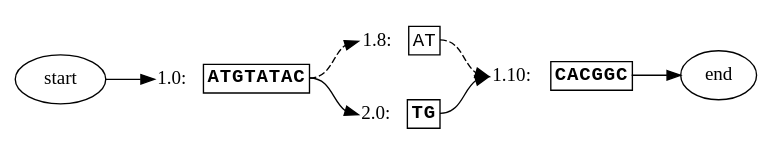
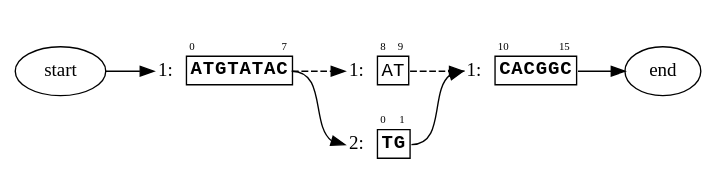
Before and after one commit to ginkgobioworks/gen: the diagram in docs/figures/figure_2.dot, drawn with Graphviz. The commit also changed 17 other files, not shown here.

```diff
--- a/docs/figures/figure_2.dot
+++ b/docs/figures/figure_2.dot
@@ -1,52 +1,32 @@
 strict digraph "" {
 	graph [rankdir=LR,
 		splines=true
 	];
 	node [label="\N"];
-	source	[end=-1,
-		label=start,
-		original_node=source];
-	1.0	[end=7,
-		highlights="[True, True, True, True, True, True, True, True]",
-		label=<<TABLE BORDER='0' CELLBORDER='1' CELLSPACING='0'><TR><TD BORDER='0' PORT='caption'>1.0:&nbsp;</TD><TD><FONT FACE='Courier New'><B>A</B><B>T</B><B>G</B><B>T</B><B>A</B><B>T</B><B>A</B><B>C</B></FONT></TD></TR></TABLE>>,
+	subgraph cluster_1 {
+		graph [label="",
+			rank=same,
+			style=invis
+		];
+		1.0	[label=<<TABLE BORDER='0' CELLBORDER='1' CELLSPACING='0'><TR><TD BORDER='0'></TD><TD BORDER='0' ALIGN='LEFT'><FONT POINT-SIZE='8'>0</FONT></TD><TD BORDER='0' ALIGN='RIGHT'><FONT POINT-SIZE='8'>7</FONT></TD></TR><TR><TD BORDER='0' PORT='caption'>1:&nbsp;</TD><TD PORT='seq' COLSPAN='2'><FONT FACE='Courier New'><B>A</B><B>T</B><B>G</B><B>T</B><B>A</B><B>T</B><B>A</B><B>C</B></FONT></TD></TR></TABLE>>,
+			margin=0,
+			shape=none];
+		1.8	[label=<<TABLE BORDER='0' CELLBORDER='1' CELLSPACING='0'><TR><TD BORDER='0'></TD><TD BORDER='0' ALIGN='LEFT'><FONT POINT-SIZE='8'>8</FONT></TD><TD BORDER='0' ALIGN='RIGHT'><FONT POINT-SIZE='8'>9</FONT></TD></TR><TR><TD BORDER='0' PORT='caption'>1:&nbsp;</TD><TD PORT='seq' COLSPAN='2'><FONT FACE='Courier New'>AT</FONT></TD></TR></TABLE>>,
+			margin=0,
+			shape=none];
+		1.10	[label=<<TABLE BORDER='0' CELLBORDER='1' CELLSPACING='0'><TR><TD BORDER='0'></TD><TD BORDER='0' ALIGN='LEFT'><FONT POINT-SIZE='8'>10</FONT></TD><TD BORDER='0' ALIGN='RIGHT'><FONT POINT-SIZE='8'>15</FONT></TD></TR><TR><TD BORDER='0' PORT='caption'>1:&nbsp;</TD><TD PORT='seq' COLSPAN='2'><FONT FACE='Courier New'><B>C</B><B>A</B><B>C</B><B>G</B><B>G</B><B>C</B></FONT></TD></TR></TABLE>>,
+			margin=0,
+			shape=none];
+	}
+	source	[label=start];
+	source:e -> 1.0:caption:w;
+	1.0:seq:e -> 1.8:caption:w	[style=dashed];
+	2.0	[label=<<TABLE BORDER='0' CELLBORDER='1' CELLSPACING='0'><TR><TD BORDER='0'></TD><TD BORDER='0' ALIGN='LEFT'><FONT POINT-SIZE='8'>0</FONT></TD><TD BORDER='0' ALIGN='RIGHT'><FONT POINT-SIZE='8'>1</FONT></TD></TR><TR><TD BORDER='0' PORT='caption'>2:&nbsp;</TD><TD PORT='seq' COLSPAN='2'><FONT FACE='Courier New'><B>T</B><B>G</B></FONT></TD></TR></TABLE>>,
 		margin=0,
-		original_node=1,
-		sequence=ATGTATAC,
-		shape=none,
-		start=0];
-	source:e -> 1.0:caption	[reference=False];
-	sink	[label=end,
-		original_node=sink,
-		start=0];
-	1.8	[end=9,
-		highlights="[False, False]",
-		label=<<TABLE BORDER='0' CELLBORDER='1' CELLSPACING='0'><TR><TD BORDER='0' PORT='caption'>1.8:&nbsp;</TD><TD><FONT FACE='Courier New'>AT</FONT></TD></TR></TABLE>>,
-		margin=0,
-		original_node=1,
-		sequence=AT,
-		shape=none,
-		start=8];
-	1.0:e -> 1.8:caption	[reference=True,
-		style=dashed];
-	2.0	[end=1,
-		highlights="[True, True]",
-		label=<<TABLE BORDER='0' CELLBORDER='1' CELLSPACING='0'><TR><TD BORDER='0' PORT='caption'>2.0:&nbsp;</TD><TD><FONT FACE='Courier New'><B>T</B><B>G</B></FONT></TD></TR></TABLE>>,
-		margin=0,
-		original_node=2,
-		sequence=TG,
-		shape=none,
-		start=0];
-	1.0:e -> 2.0:caption	[reference=False];
-	1.10	[end=15,
-		highlights="[True, True, True, True, True, True]",
-		label=<<TABLE BORDER='0' CELLBORDER='1' CELLSPACING='0'><TR><TD BORDER='0' PORT='caption'>1.10:&nbsp;</TD><TD><FONT FACE='Courier New'><B>C</B><B>A</B><B>C</B><B>G</B><B>G</B><B>C</B></FONT></TD></TR></TABLE>>,
-		margin=0,
-		original_node=1,
-		sequence=CACGGC,
-		shape=none,
-		start=10];
-	1.8:e -> 1.10:caption	[reference=True,
-		style=dashed];
-	1.10:e -> sink:caption	[reference=False];
-	2.0:e -> 1.10:caption	[reference=False];
+		shape=none];
+	1.0:seq:e -> 2.0:caption:w;
+	1.8:seq:e -> 1.10:caption:w	[style=dashed];
+	sink	[label=end];
+	1.10:seq:e -> sink:w;
+	2.0:seq:e -> 1.10:caption:w;
 }
```
